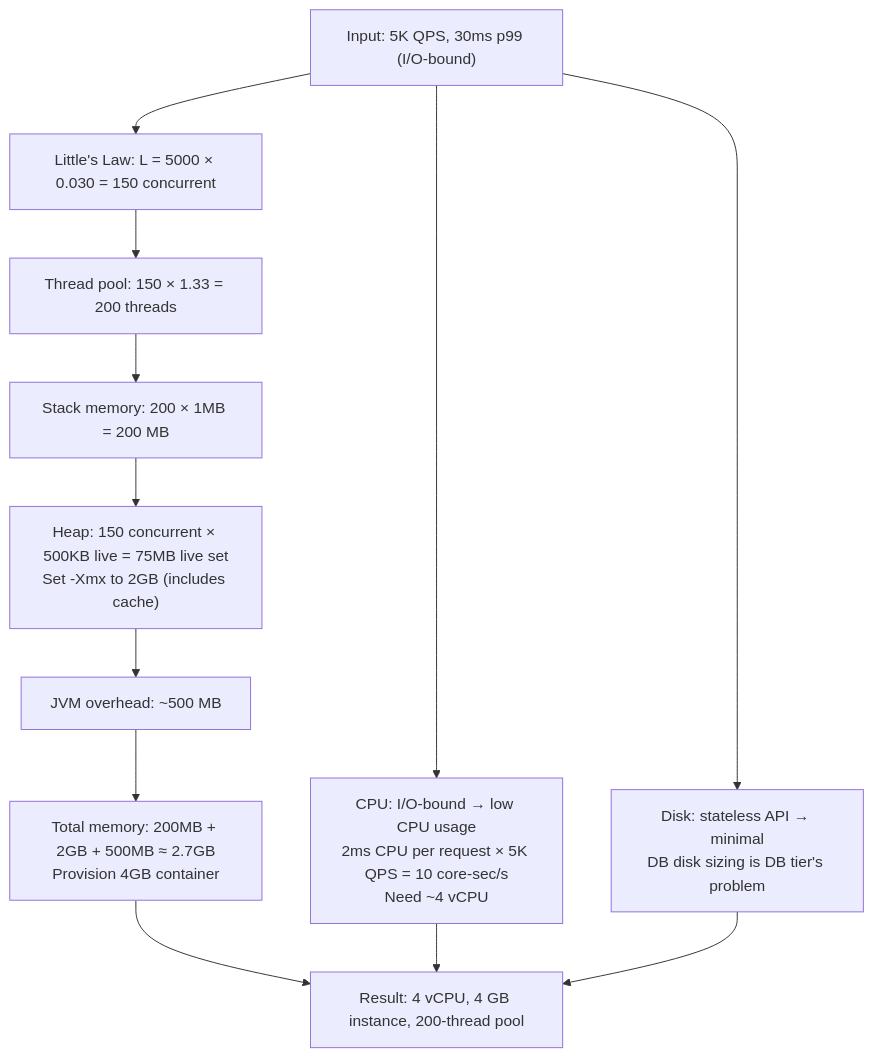
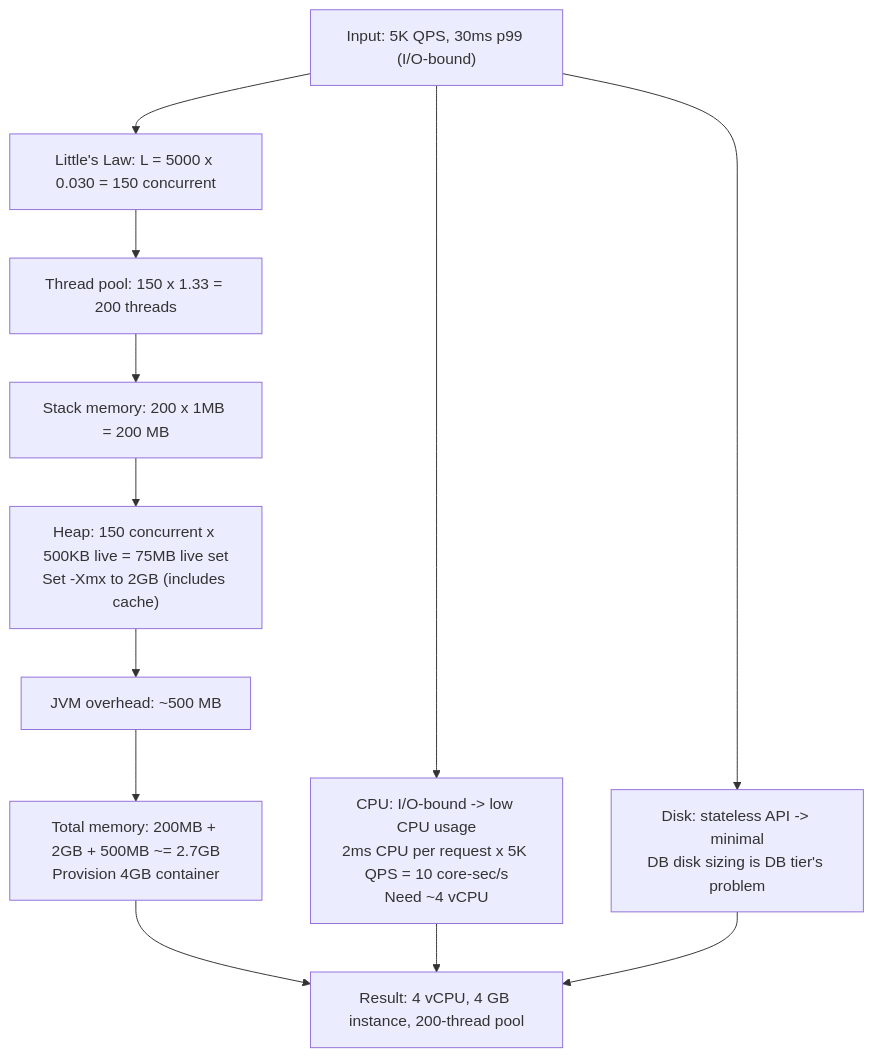
One commit to ranjeetnegi/System-Design-for-Staff-SWE changed diagram 13 of 13 in Section0/Chapter_3_OS_Fundamentals.md. Above: the diagram before and after it, drawn with Mermaid. The commit also changed other lines of this file and 11 other files, not shown here.

````diff
--- a/Section0/Chapter_3_OS_Fundamentals.md
+++ b/Section0/Chapter_3_OS_Fundamentals.md
@@ -2067,17 +2067,17 @@
 ```mermaid
 flowchart TD
-    A["Input: 5K QPS, 30ms p99 (I/O-bound)"] --> B["Little's Law: L = 5000 × 0.030 = 150 concurrent"]
-    B --> C["Thread pool: 150 × 1.33 = 200 threads"]
-    C --> D["Stack memory: 200 × 1MB = 200 MB"]
-    D --> E["Heap: 150 concurrent × 500KB live = 75MB live set\nSet -Xmx to 2GB (includes cache)"]
+    A["Input: 5K QPS, 30ms p99 (I/O-bound)"] --> B["Little's Law: L = 5000 x 0.030 = 150 concurrent"]
+    B --> C["Thread pool: 150 x 1.33 = 200 threads"]
+    C --> D["Stack memory: 200 x 1MB = 200 MB"]
+    D --> E["Heap: 150 concurrent x 500KB live = 75MB live set\nSet -Xmx to 2GB (includes cache)"]
     E --> F["JVM overhead: ~500 MB"]
-    F --> G["Total memory: 200MB + 2GB + 500MB ≈ 2.7GB\nProvision 4GB container"]
+    F --> G["Total memory: 200MB + 2GB + 500MB ~= 2.7GB\nProvision 4GB container"]
 
-    A --> H["CPU: I/O-bound → low CPU usage\n2ms CPU per request × 5K QPS = 10 core-sec/s\nNeed ~4 vCPU"]
+    A --> H["CPU: I/O-bound -> low CPU usage\n2ms CPU per request x 5K QPS = 10 core-sec/s\nNeed ~4 vCPU"]
 
-    A --> I["Disk: stateless API → minimal\nDB disk sizing is DB tier's problem"]
+    A --> I["Disk: stateless API -> minimal\nDB disk sizing is DB tier's problem"]
 
     G --> J["Result: 4 vCPU, 4 GB instance, 200-thread pool"]
     H --> J
     I --> J
 ```
````
